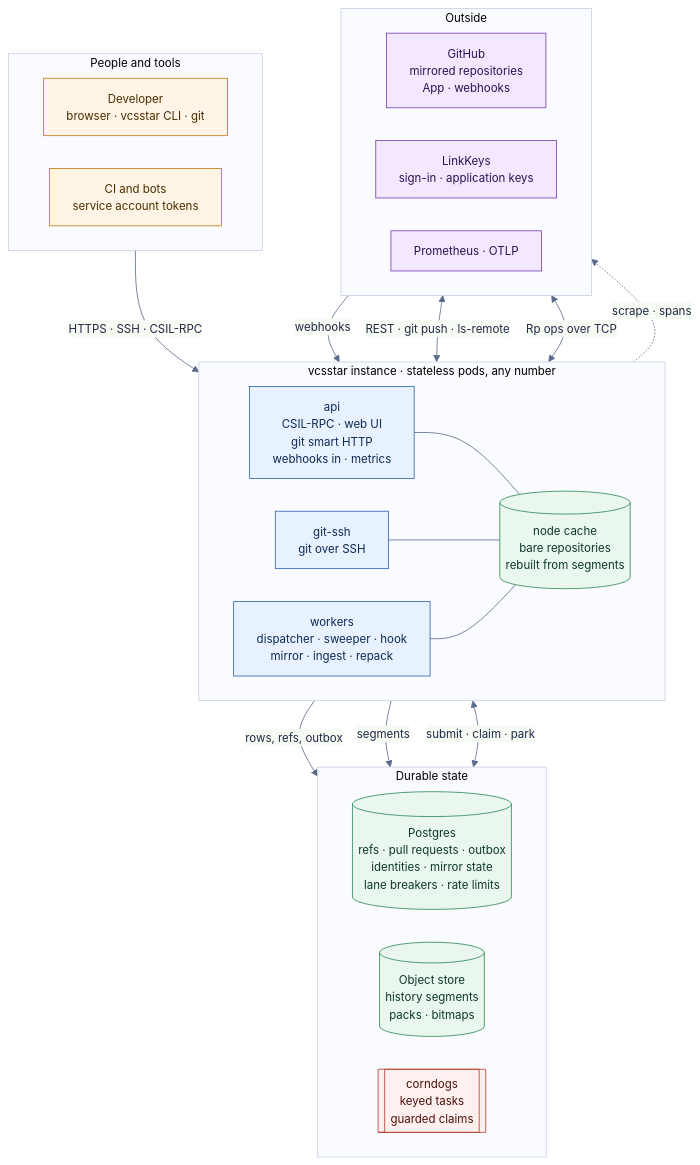
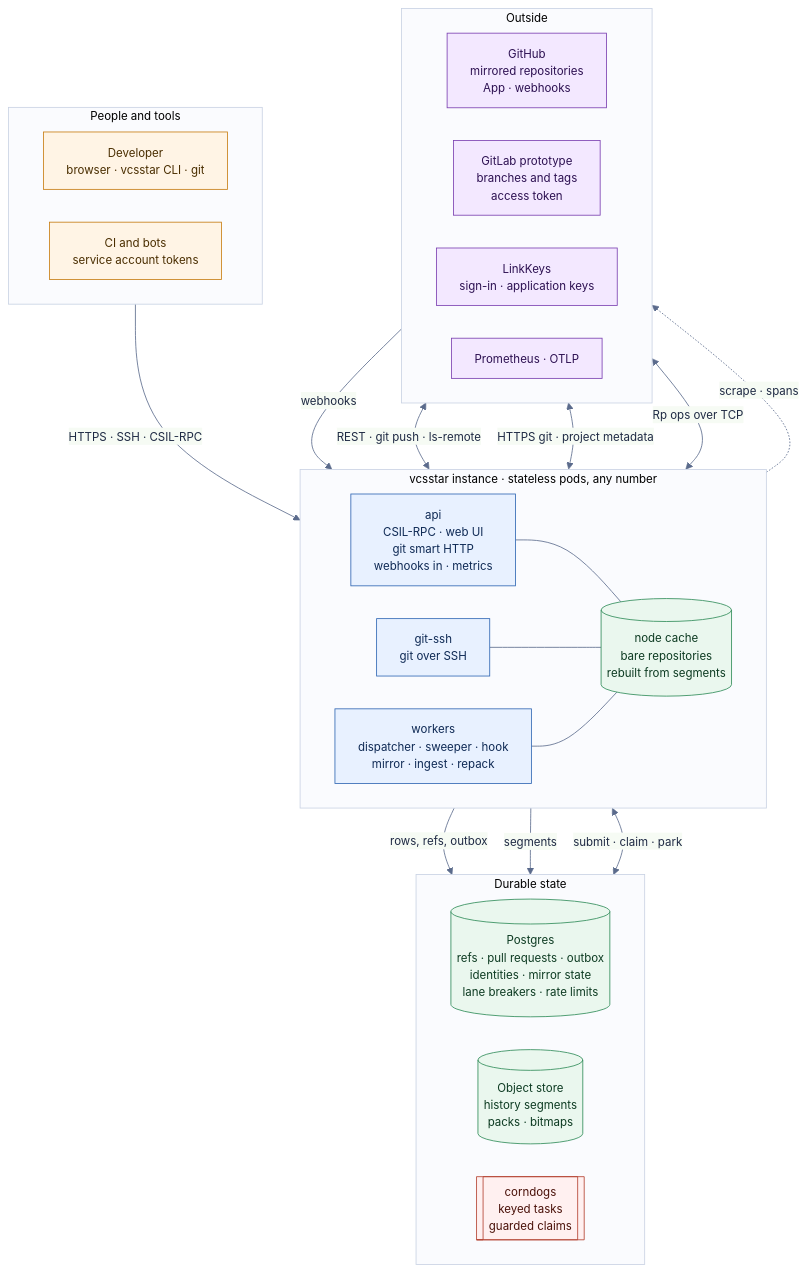
One commit to catalystcommunity/vcsstar changed the first of 5 diagrams in docs/architecture.md. Above: the diagram before and after it, drawn with Mermaid. The commit also changed other lines of this file and 29 other files, not shown here.

````diff
--- a/docs/architecture.md
+++ b/docs/architecture.md
@@ -13,55 +20,57 @@
 ```mermaid
 %%{init: {"theme": "base", "themeVariables": {"fontFamily": "Inter, Helvetica, Arial, sans-serif", "fontSize": "14px", "primaryColor": "#f4f6fb", "primaryBorderColor": "#5b6b8c", "primaryTextColor": "#1f2a44", "lineColor": "#5b6b8c", "clusterBkg": "#fafbfe", "clusterBorder": "#c9d2e3"}, "flowchart": {"curve": "basis", "padding": 14, "nodeSpacing": 40, "rankSpacing": 60}}}%%
 flowchart TB
     classDef person fill:#fff4e5,stroke:#c77d12,color:#4a2e00
     classDef pod fill:#e8f1ff,stroke:#2f66b3,color:#0f2a55
     classDef store fill:#eaf7ee,stroke:#2e8b57,color:#0d3b22
     classDef external fill:#f3e8ff,stroke:#7a3fb0,color:#2d1152
     classDef queue fill:#fff0f0,stroke:#b3402f,color:#4a1109
 
     subgraph People["People and tools"]
         direction LR
         dev["Developer<br/>browser · vcsstar CLI · git"]
         ci["CI and bots<br/>service account tokens"]
     end
 
     subgraph Instance["vcsstar instance · stateless pods, any number"]
         direction LR
         api["api<br/>CSIL-RPC · web UI<br/>git smart HTTP<br/>webhooks in · metrics"]
         ssh["git-ssh<br/>git over SSH"]
         workers["workers<br/>dispatcher · sweeper · hook<br/>mirror · ingest · repack"]
         cache[("node cache<br/>bare repositories<br/>rebuilt from segments")]
         api --- cache
         ssh --- cache
         workers --- cache
     end
 
     subgraph Durable["Durable state"]
         direction LR
         pg[("Postgres<br/>refs · pull requests · outbox<br/>identities · mirror state<br/>lane breakers · rate limits")]
         s3[("Object store<br/>history segments<br/>packs · bitmaps")]
         cd[["corndogs<br/>keyed tasks<br/>guarded claims"]]
     end
 
     subgraph Outside["Outside"]
         direction LR
         gh["GitHub<br/>mirrored repositories<br/>App · webhooks"]
+        gl["GitLab prototype<br/>branches and tags<br/>access token"]
         lk["LinkKeys<br/>sign-in · application keys"]
         prom["Prometheus · OTLP"]
     end
 
     People -->|"HTTPS · SSH · CSIL-RPC"| Instance
     Instance -->|"rows, refs, outbox"| pg
     Instance -->|"segments"| s3
     Instance <-->|"submit · claim · park"| cd
     Instance <-->|"REST · git push · ls-remote"| gh
     gh -->|"webhooks"| Instance
+    Instance <-->|"HTTPS git · project metadata"| gl
     Instance <-->|"Rp ops over TCP"| lk
     Instance -.->|"scrape · spans"| prom
 
     class dev,ci person
     class api,ssh,workers pod
     class pg,s3,cache store
-    class gh,lk,prom external
+    class gh,gl,lk,prom external
     class cd queue
 ```
````
